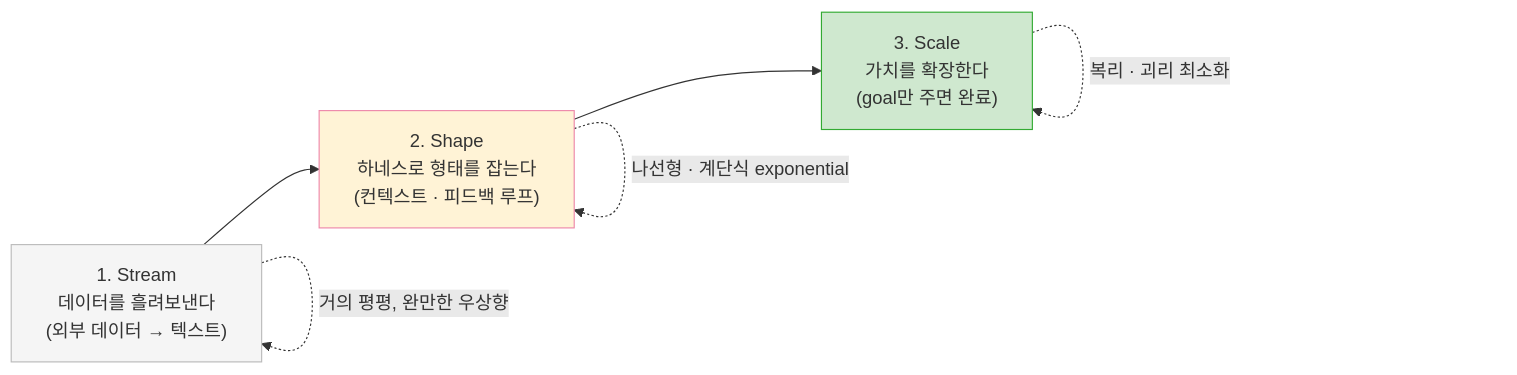
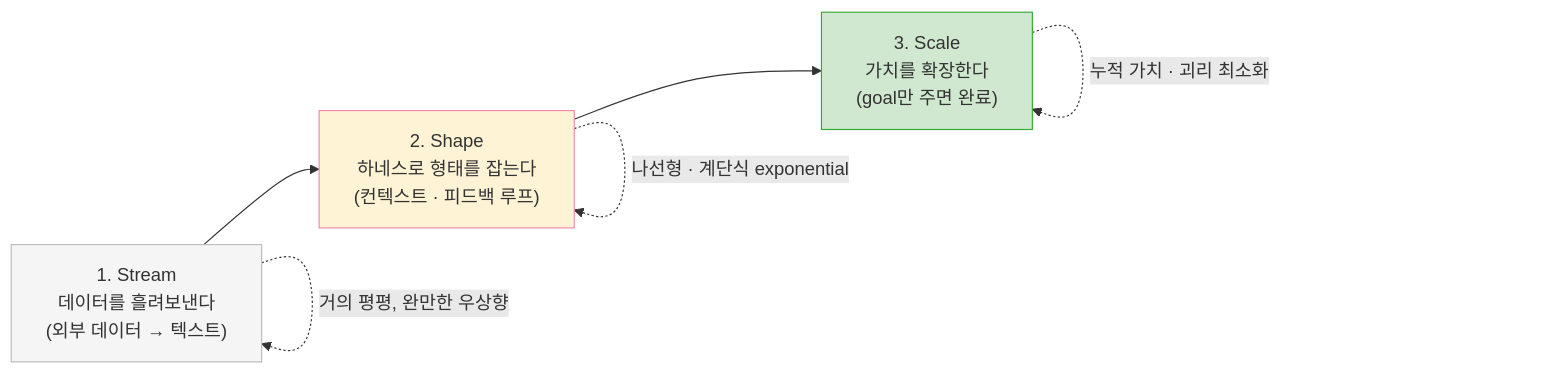
The first of 3 diagrams in _posts/2026-06-15-organizational-ai-adoption-3s.md (haandol/haandol.github.com), drawn with Mermaid before and after one commit. The commit also changed other lines of this file and 1 other file, not shown here.

First line of the commit message:
revise 06-15 post: token-pressure trap, harness loop diagram, drop 복리

````diff
--- a/_posts/2026-06-15-organizational-ai-adoption-3s.md
+++ b/_posts/2026-06-15-organizational-ai-adoption-3s.md
@@ -64,13 +70,13 @@
 ```mermaid
 flowchart LR
     A["1. Stream<br/>데이터를 흘려보낸다<br/>(외부 데이터 → 텍스트)"] --> B["2. Shape<br/>하네스로 형태를 잡는다<br/>(컨텍스트 · 피드백 루프)"] --> C["3. Scale<br/>가치를 확장한다<br/>(goal만 주면 완료)"]
     A -. "거의 평평, 완만한 우상향" .-> A
     B -. "나선형 · 계단식 exponential" .-> B
-    C -. "복리 · 괴리 최소화" .-> C
+    C -. "누적 가치 · 괴리 최소화" .-> C
     classDef s1 fill:#f5f5f5,stroke:#bbb;
     classDef s2 fill:#fff3d6,stroke:#e8a;
     classDef s3 fill:#cfe8cf,stroke:#3a3;
     class A s1;
     class B s2;
     class C s3;
 ```
````
